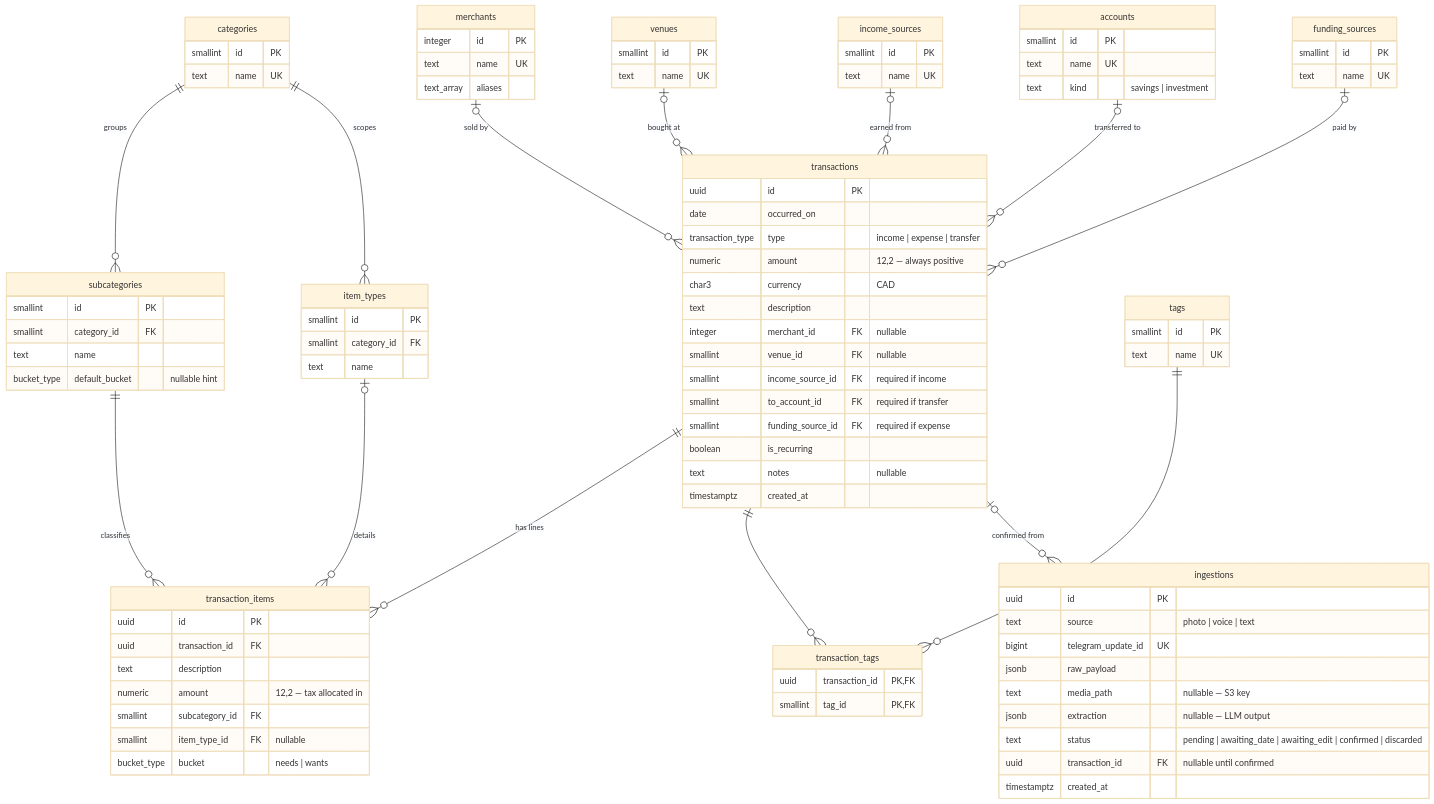
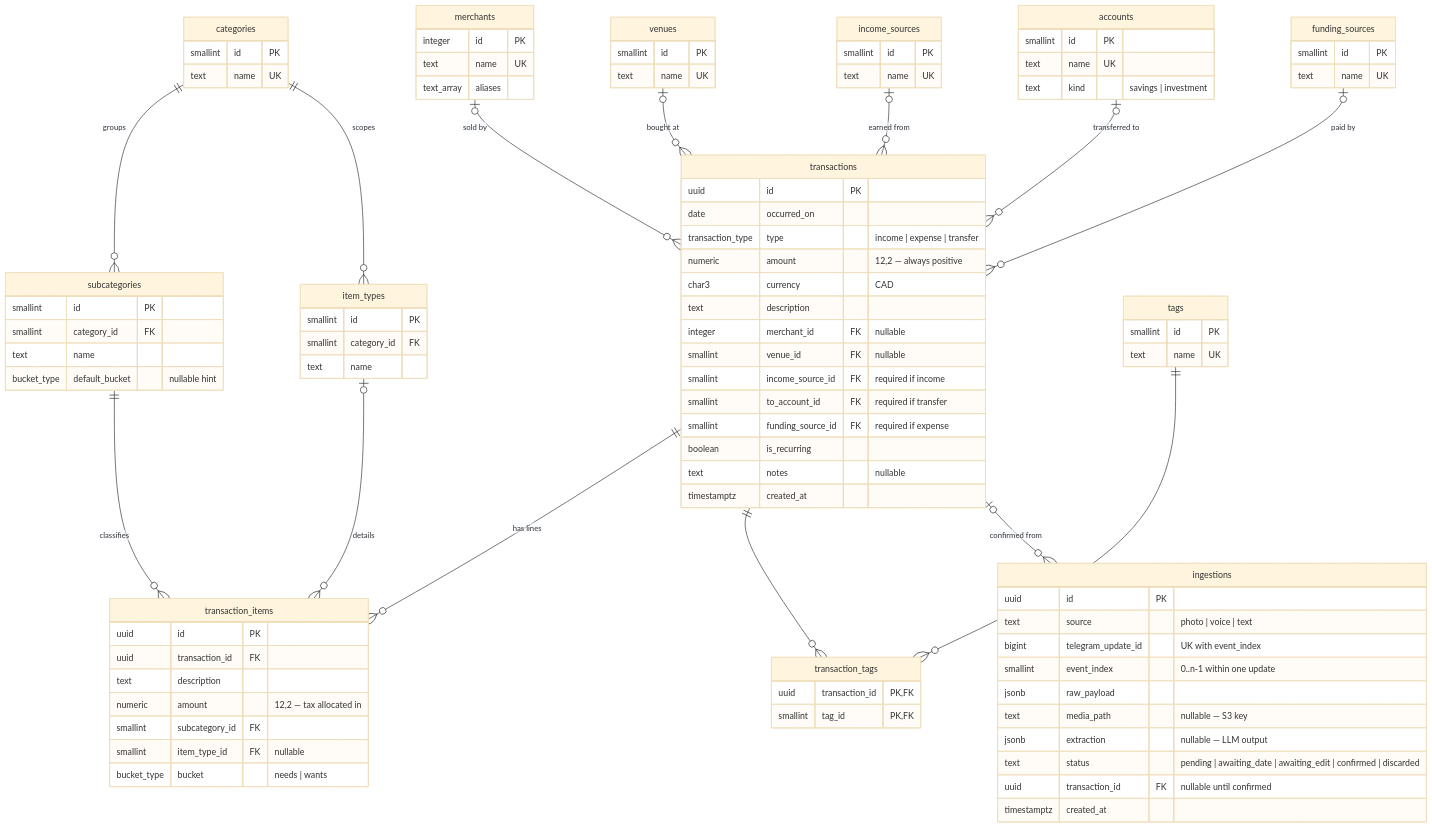
One commit to rafachan3/finflow changed the diagram in docs/DATA_MODEL.md. Above: the diagram before and after it, drawn with Mermaid (base theme). The commit also changed other lines of this file and 13 other files, not shown here.

```diff
--- a/docs/DATA_MODEL.md
+++ b/docs/DATA_MODEL.md
@@ -77,7 +77,8 @@
   ingestions {
     uuid id PK
     text source "photo | voice | text"
-    bigint telegram_update_id UK
+    bigint telegram_update_id "UK with event_index"
+    smallint event_index "0..n-1 within one update"
     jsonb raw_payload
     text media_path "nullable — S3 key"
     jsonb extraction "nullable — LLM output"
```
